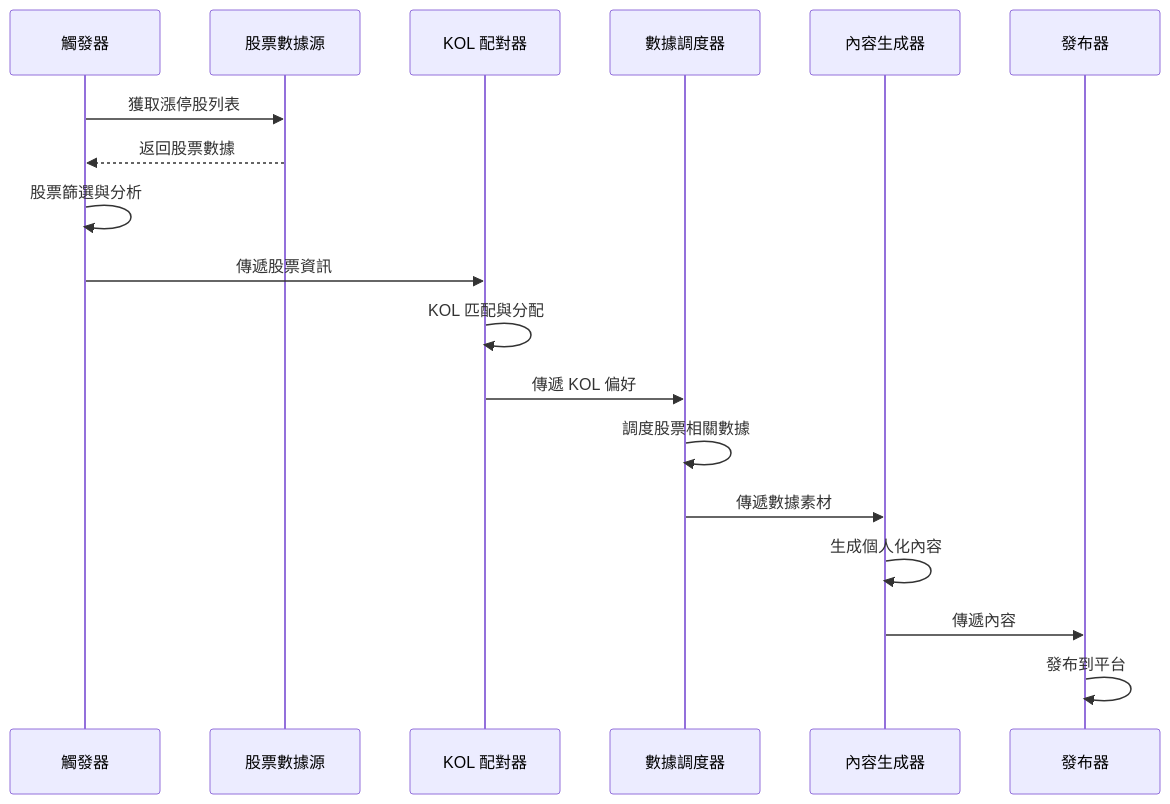
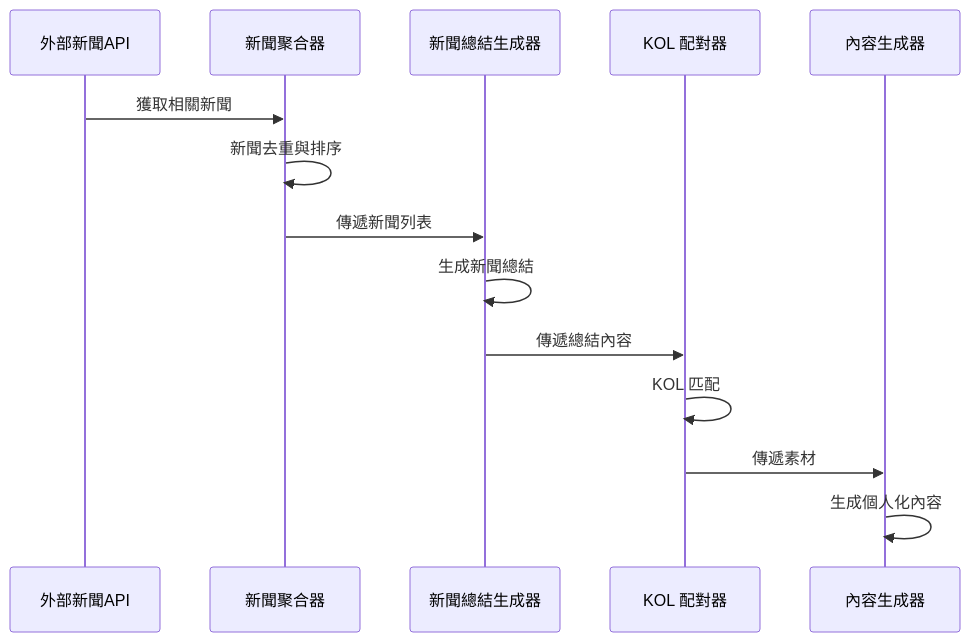
One commit to hihihowru/forum_autoposter changed the fifth of 6 diagrams in gitbook-docs/1-AI系統概覽/1.2-系統架構與AI流程.md. Above: the diagram before and after it, drawn with Mermaid. The commit also changed other lines of this file, not shown here.

````diff
--- a/gitbook-docs/1-AI系統概覽/1.2-系統架構與AI流程.md
+++ b/gitbook-docs/1-AI系統概覽/1.2-系統架構與AI流程.md
@@ -111,21 +191,17 @@
 ```mermaid
 sequenceDiagram
-    participant T as 觸發器
-    participant S as 股票數據源
+    participant N as 外部新聞API
+    participant A as 新聞聚合器
+    participant S as 新聞總結生成器
     participant K as KOL 配對器
-    participant D as 數據調度器
     participant G as 內容生成器
-    participant P as 發布器
     
-    T->>S: 獲取漲停股列表
-    S-->>T: 返回股票數據
-    T->>T: 股票篩選與分析
-    T->>K: 傳遞股票資訊
-    K->>K: KOL 匹配與分配
-    K->>D: 傳遞 KOL 偏好
-    D->>D: 調度股票相關數據
-    D->>G: 傳遞數據素材
+    N->>A: 獲取相關新聞
+    A->>A: 新聞去重與排序
+    A->>S: 傳遞新聞列表
+    S->>S: 生成新聞總結
+    S->>K: 傳遞總結內容
+    K->>K: KOL 匹配
+    K->>G: 傳遞素材
     G->>G: 生成個人化內容
-    G->>P: 傳遞內容
-    P->>P: 發布到平台
 ```
````
